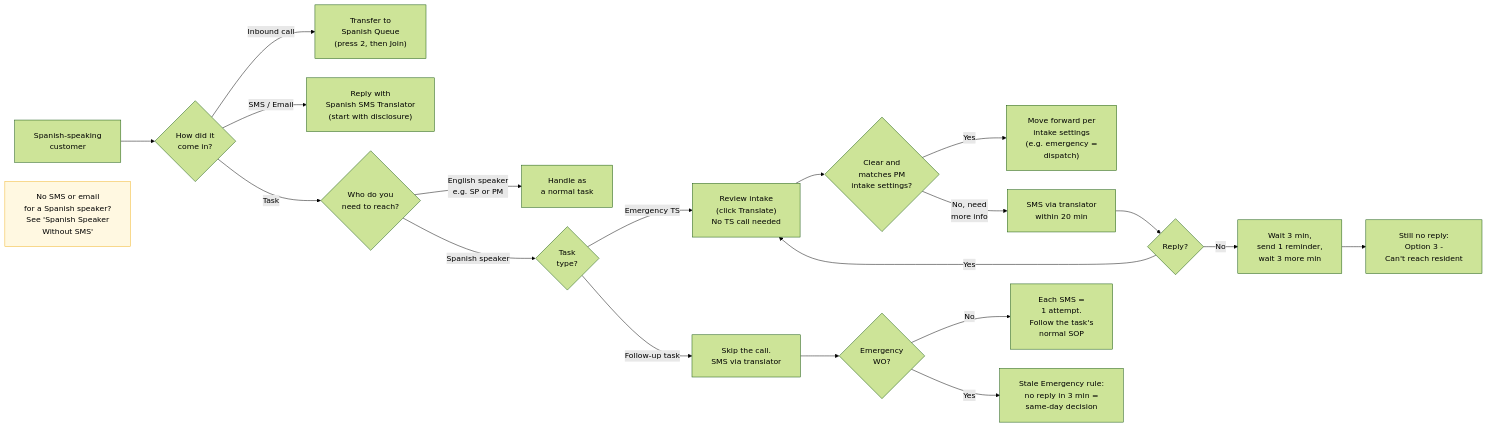
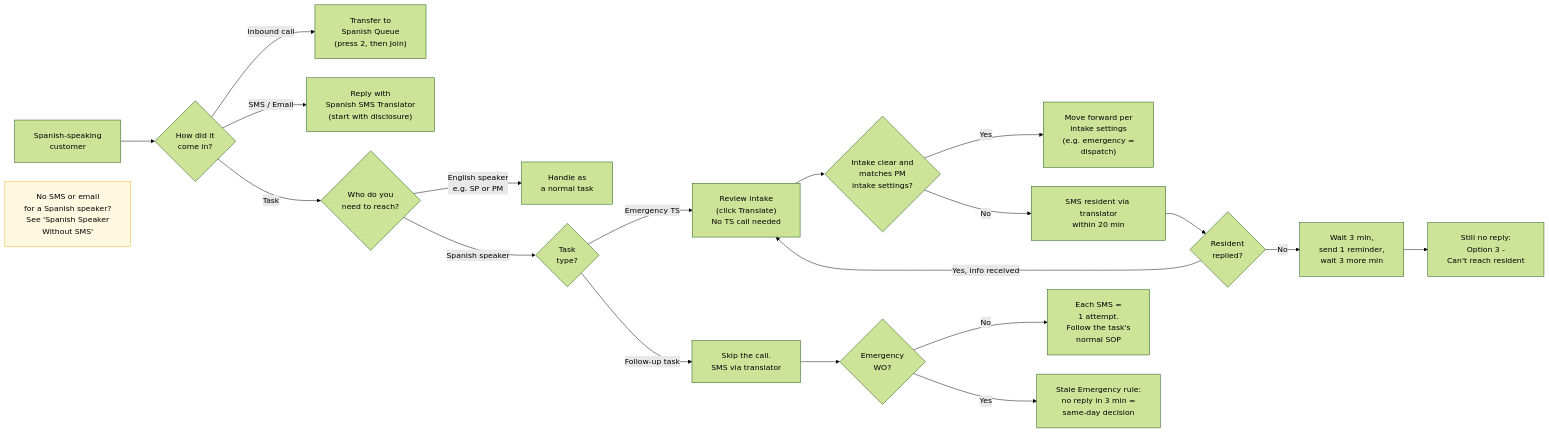
One commit to LatchelEngineering/mintlify changed the diagram in latchel-admin/Service-Operations/Production-Documentation/How-to-Handle-Spanish-SMS-Emails-Calls.mdx. Above: the diagram before and after it, drawn with Mermaid (forest theme).

Commit message:
Update How to: Handle Spanish SMS/Emails/Calls
- Updated latchel-admin/Service-Operations/Production-Documentation/How-to-Handle-Spanish-SMS-Emails-Calls.mdx

Mintlify-Source: dashboard-editor

````diff
--- a/latchel-admin/Service-Operations/Production-Documentation/How-to-Handle-Spanish-SMS-Emails-Calls.mdx
+++ b/latchel-admin/Service-Operations/Production-Documentation/How-to-Handle-Spanish-SMS-Emails-Calls.mdx
@@ -15,29 +15,29 @@
 ```mermaid
 %%{init: {"flowchart": {"padding": 20, "nodeSpacing": 40, "rankSpacing": 50}}}%%
 flowchart LR
     A["Spanish-speaking<br/>customer"] --> B{"How did it<br/>come in?"}
 
     B -->|Inbound call| C["Transfer to<br/>Spanish Queue<br/>(press 2, then Join)"]
     B -->|SMS / Email| D["Reply with<br/>Spanish SMS Translator<br/>(start with disclosure)"]
     B -->|Task| E{"Who do you<br/>need to reach?"}
 
     E -->|English speaker<br/>e.g. SP or PM| F["Handle as<br/>a normal task"]
     E -->|Spanish speaker| I{"Task<br/>type?"}
 
     I -->|Emergency TS| J["Review intake<br/>(click Translate)<br/>No TS call needed"]
-    J --> K{"Clear and<br/>matches PM<br/>intake settings?"}
+    J --> K{"Intake clear and<br/>matches PM<br/>intake settings?"}
     K -->|Yes| L["Move forward per<br/>intake settings<br/>(e.g. emergency =<br/>dispatch)"]
-    K -->|No, need<br/>more info| M["SMS via translator<br/>within 20 min"]
-    M --> N{"Reply?"}
-    N -->|Yes| J
+    K -->|No| M["SMS resident via translator<br/>within 20 min"]
+    M --> N{"Resident<br/>replied?"}
+    N -->|Yes, info received| J
     N -->|No| O["Wait 3 min,<br/>send 1 reminder,<br/>wait 3 more min"]
     O --> P["Still no reply:<br/>Option 3 -<br/>Can't reach resident"]
 
     I -->|Follow-up task| Q["Skip the call.<br/>SMS via translator"]
     Q --> R{"Emergency<br/>WO?"}
     R -->|No| S["Each SMS =<br/>1 attempt.<br/>Follow the task's<br/>normal SOP"]
     R -->|Yes| T["Stale Emergency rule:<br/>no reply in 3 min =<br/>same-day decision"]
 
     Z["No SMS or email<br/>for a Spanish speaker?<br/>See 'Spanish Speaker<br/>Without SMS'"]
     style Z fill:#fff8e1,stroke:#f0b429
 ```
````
